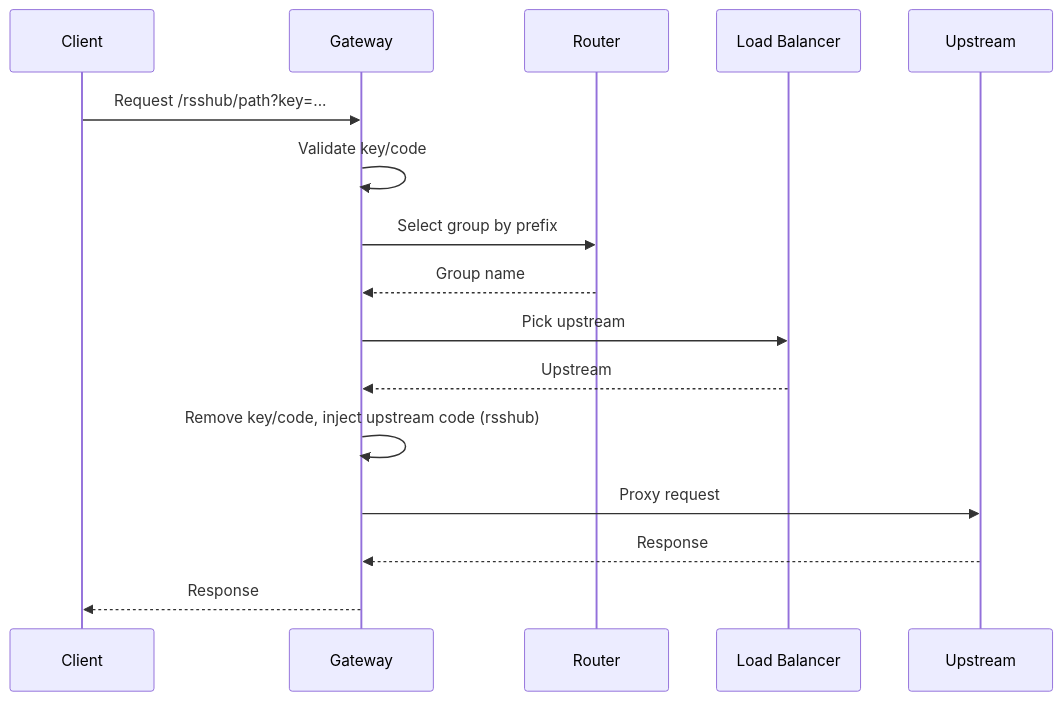
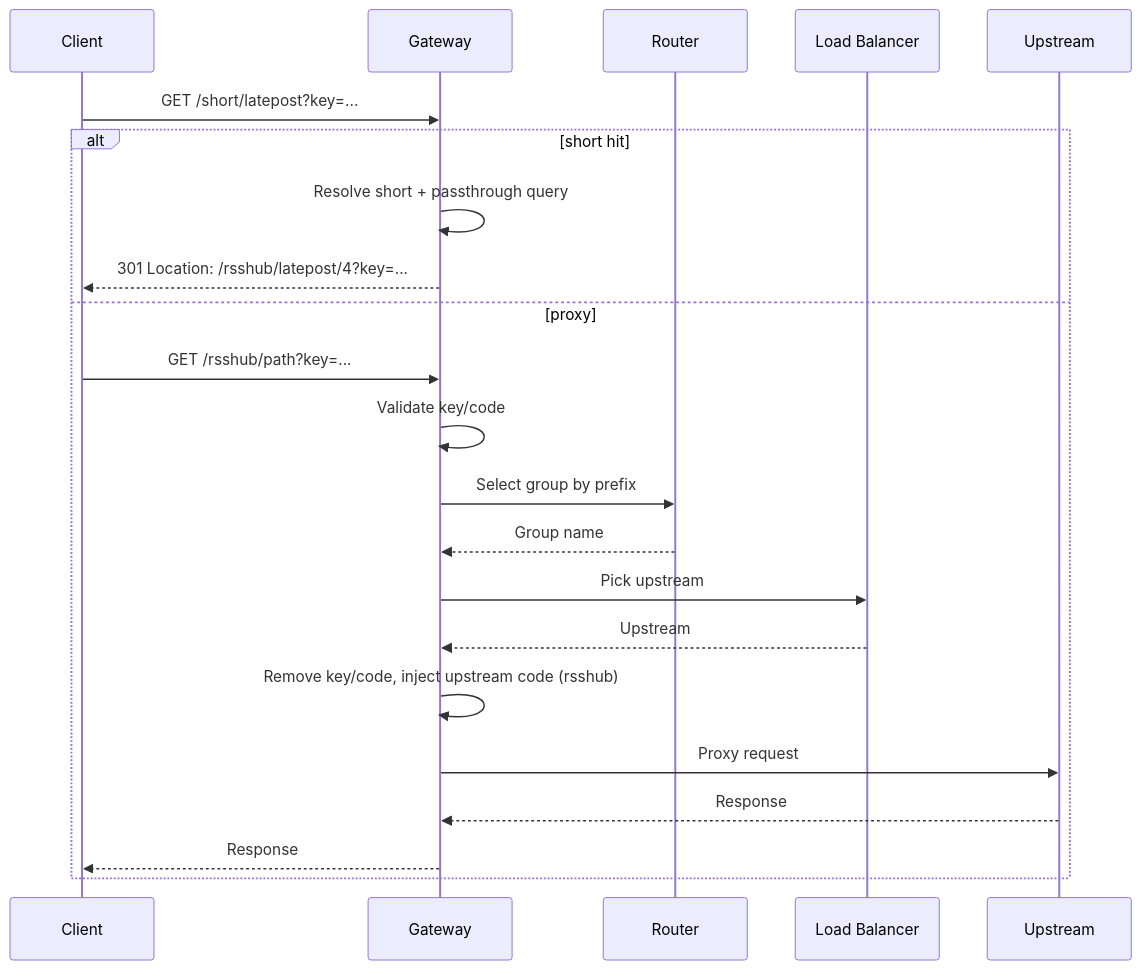
The second of 2 diagrams in README.md (nerdneilsfield/RSSHub-Gateway), drawn with Mermaid before and after one commit. The commit also changed other lines of this file and 1 other file, not shown here.

````diff
--- a/README.md
+++ b/README.md
@@ -41,19 +51,25 @@
 ```mermaid
 sequenceDiagram
     participant C as Client
     participant G as Gateway
     participant R as Router
     participant LB as Load Balancer
     participant U as Upstream
 
-    C->>G: Request /rsshub/path?key=...
-    G->>G: Validate key/code
-    G->>R: Select group by prefix
-    R-->>G: Group name
-    G->>LB: Pick upstream
-    LB-->>G: Upstream
-    G->>G: Remove key/code, inject upstream code (rsshub)
-    G->>U: Proxy request
-    U-->>G: Response
-    G-->>C: Response
+    C->>G: GET /short/latepost?key=...
+    alt short hit
+        G->>G: Resolve short + passthrough query
+        G-->>C: 301 Location: /rsshub/latepost/4?key=...
+    else proxy
+        C->>G: GET /rsshub/path?key=...
+        G->>G: Validate key/code
+        G->>R: Select group by prefix
+        R-->>G: Group name
+        G->>LB: Pick upstream
+        LB-->>G: Upstream
+        G->>G: Remove key/code, inject upstream code (rsshub)
+        G->>U: Proxy request
+        U-->>G: Response
+        G-->>C: Response
+    end
 ```
````
